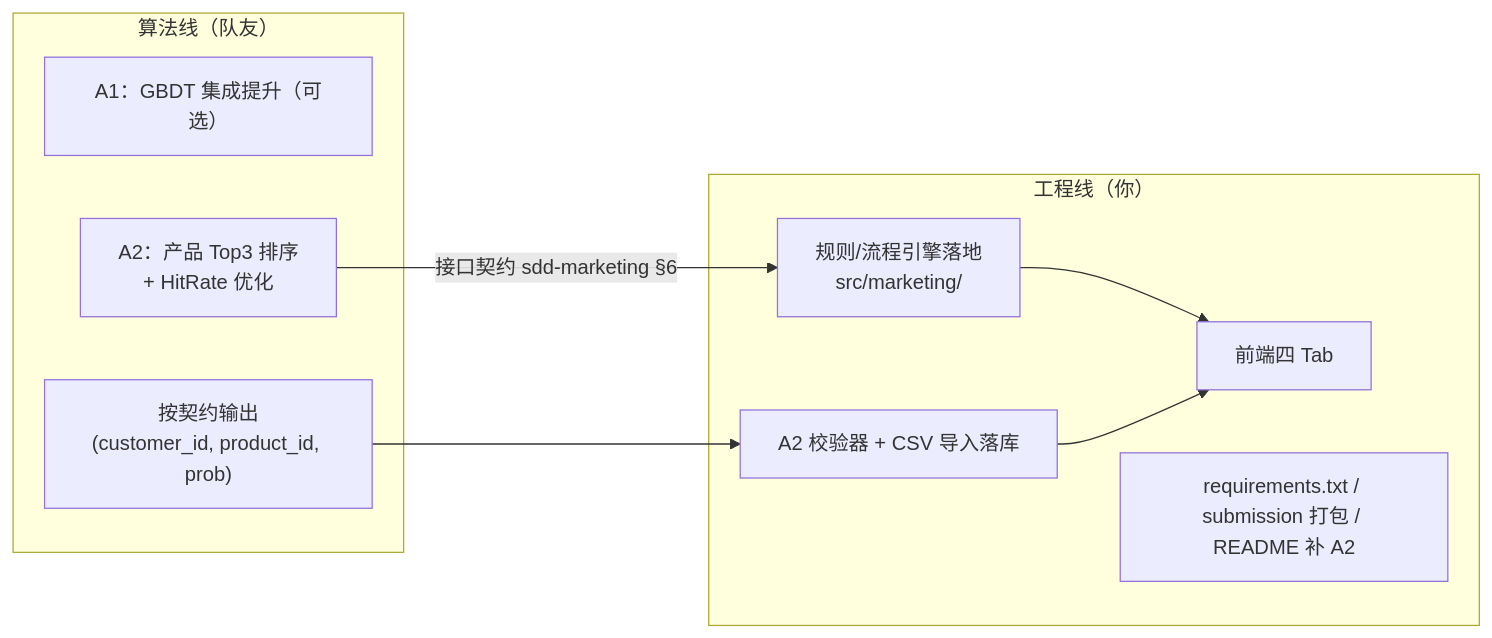
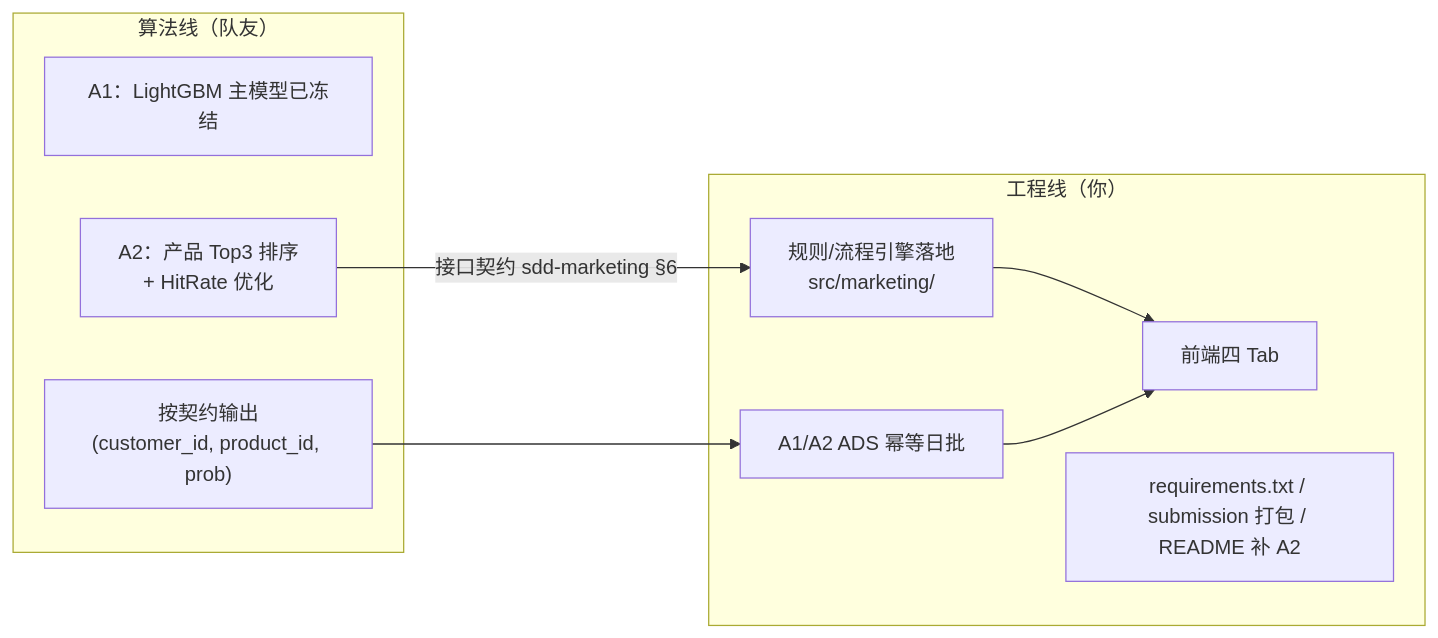
One commit to cpyh/touchCIB changed the diagram in src/docs/roadmap.md. Above: the diagram before and after it, drawn with Mermaid. The commit also changed other lines of this file and 110 other files, not shown here.

````diff
--- a/src/docs/roadmap.md
+++ b/src/docs/roadmap.md
@@ -26,18 +26,18 @@
 ```mermaid
 flowchart LR
     subgraph TM["算法线（队友）"]
-        T1["A1：GBDT 集成提升（可选）"]
+        T1["A1：LightGBM 主模型已冻结"]
         T2["A2：产品 Top3 排序<br/>+ HitRate 优化"]
         T3["按契约输出<br/>(customer_id, product_id, prob)"]
     end
     subgraph EN["工程线（你）"]
         E1["规则/流程引擎落地<br/>src/marketing/"]
-        E2["A2 校验器 + CSV 导入落库"]
+        E2["A1/A2 ADS 幂等日批"]
         E3["前端四 Tab"]
         E4["requirements.txt / submission 打包 / README 补 A2"]
     end
     T2 -->|"接口契约 sdd-marketing §6"| E1
     T3 --> E2
     E1 --> E3
     E2 --> E3
 ```
````
